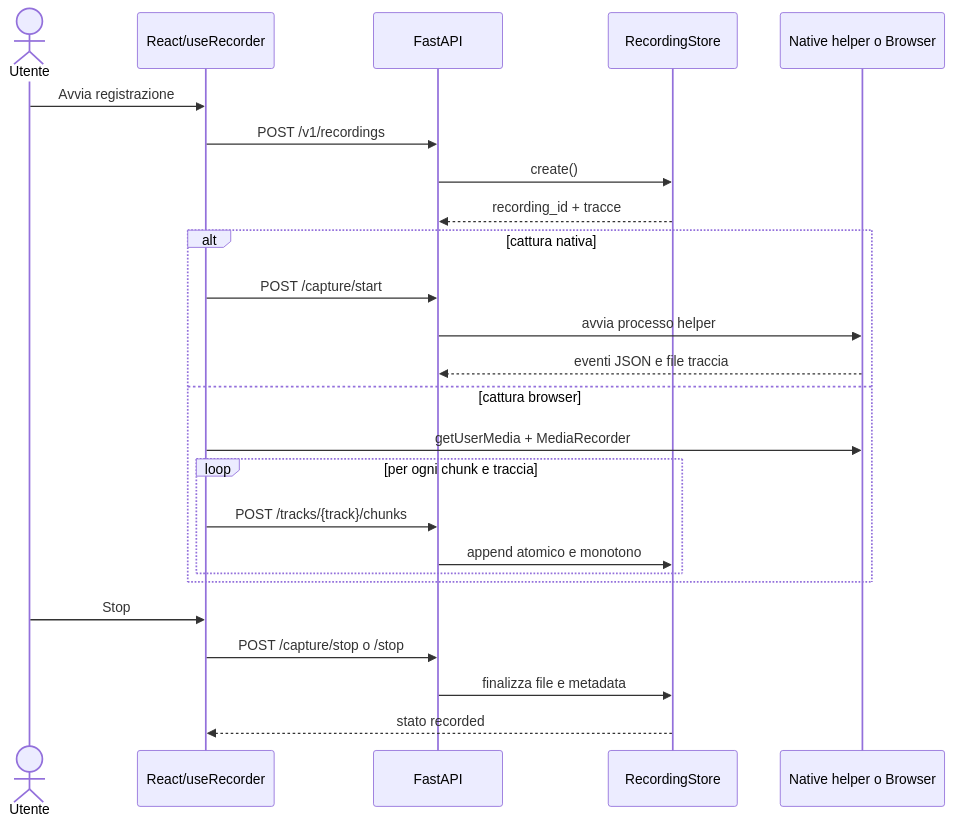
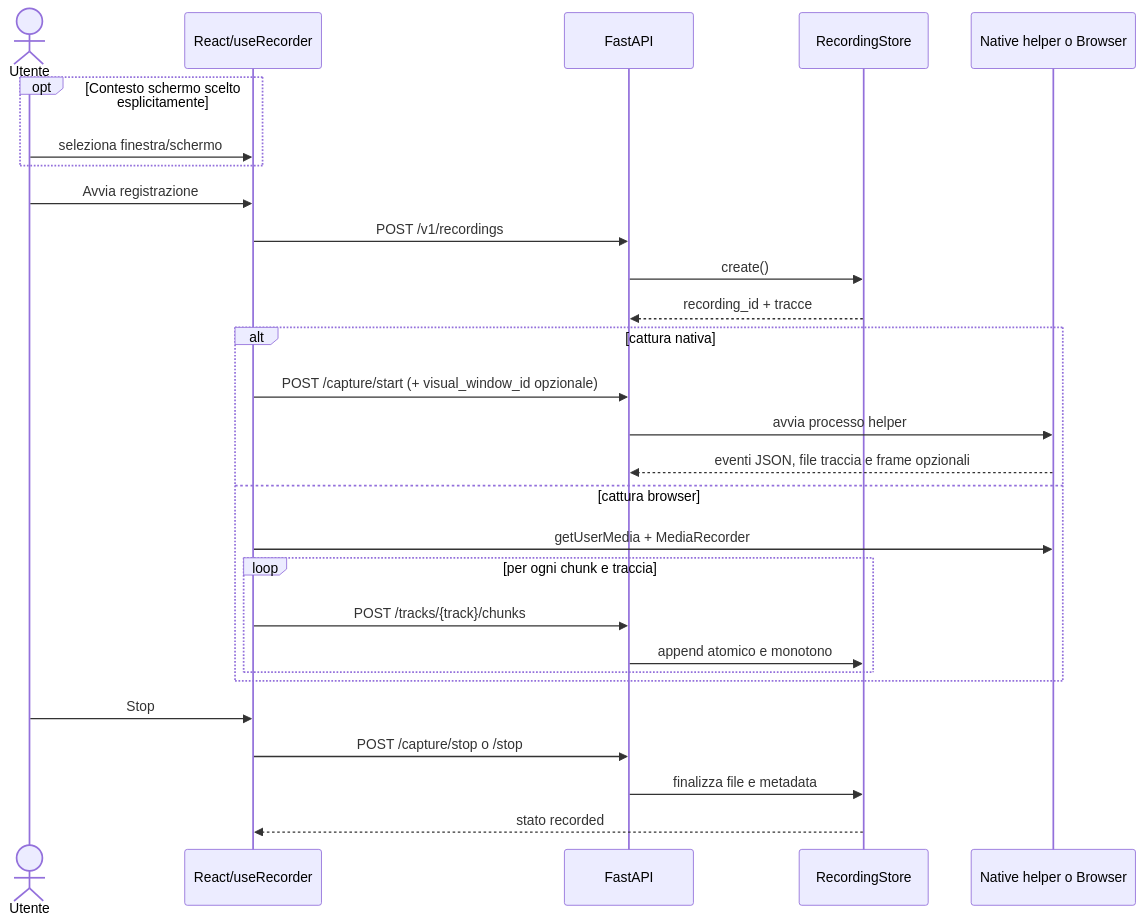
The third of 6 diagrams in docs/architecture.md (daniele21/local-asr-server), drawn with Mermaid before and after one commit. The commit also changed other lines of this file, not shown here.

Commit message:
docs: align architecture with on-demand visual flow

````diff
--- a/docs/architecture.md
+++ b/docs/architecture.md
@@ -114,28 +117,31 @@
 ```mermaid
 sequenceDiagram
     actor U as Utente
     participant F as React/useRecorder
     participant A as FastAPI
     participant R as RecordingStore
     participant N as Native helper o Browser
 
+    opt Contesto schermo scelto esplicitamente
+        U->>F: seleziona finestra/schermo
+    end
     U->>F: Avvia registrazione
     F->>A: POST /v1/recordings
     A->>R: create()
     R-->>A: recording_id + tracce
     alt cattura nativa
-        F->>A: POST /capture/start
+        F->>A: POST /capture/start (+ visual_window_id opzionale)
         A->>N: avvia processo helper
-        N-->>A: eventi JSON e file traccia
+        N-->>A: eventi JSON, file traccia e frame opzionali
     else cattura browser
         F->>N: getUserMedia + MediaRecorder
         loop per ogni chunk e traccia
             F->>A: POST /tracks/{track}/chunks
             A->>R: append atomico e monotono
         end
     end
     U->>F: Stop
     F->>A: POST /capture/stop o /stop
     A->>R: finalizza file e metadata
     R-->>F: stato recorded
 ```
````
